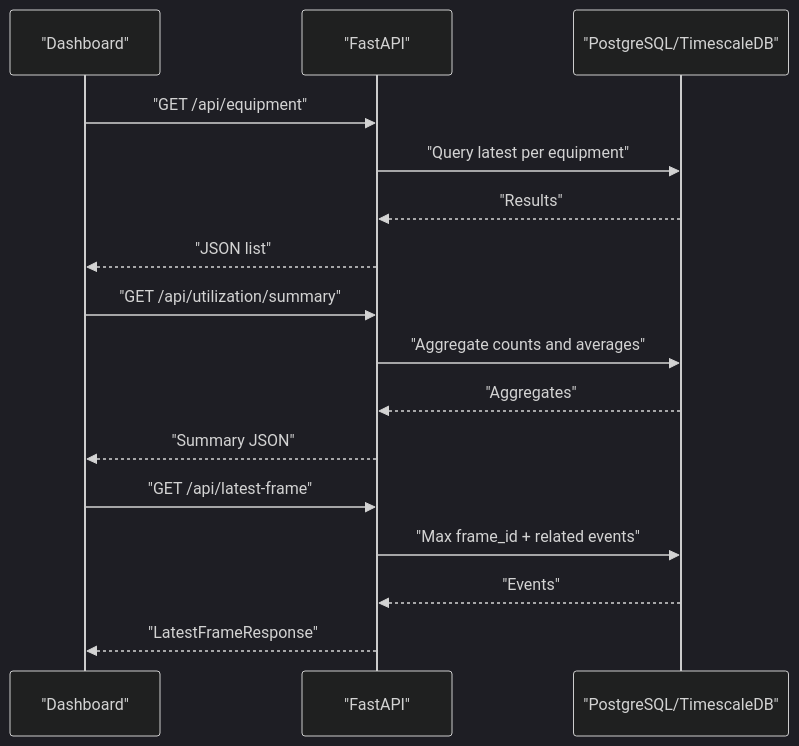
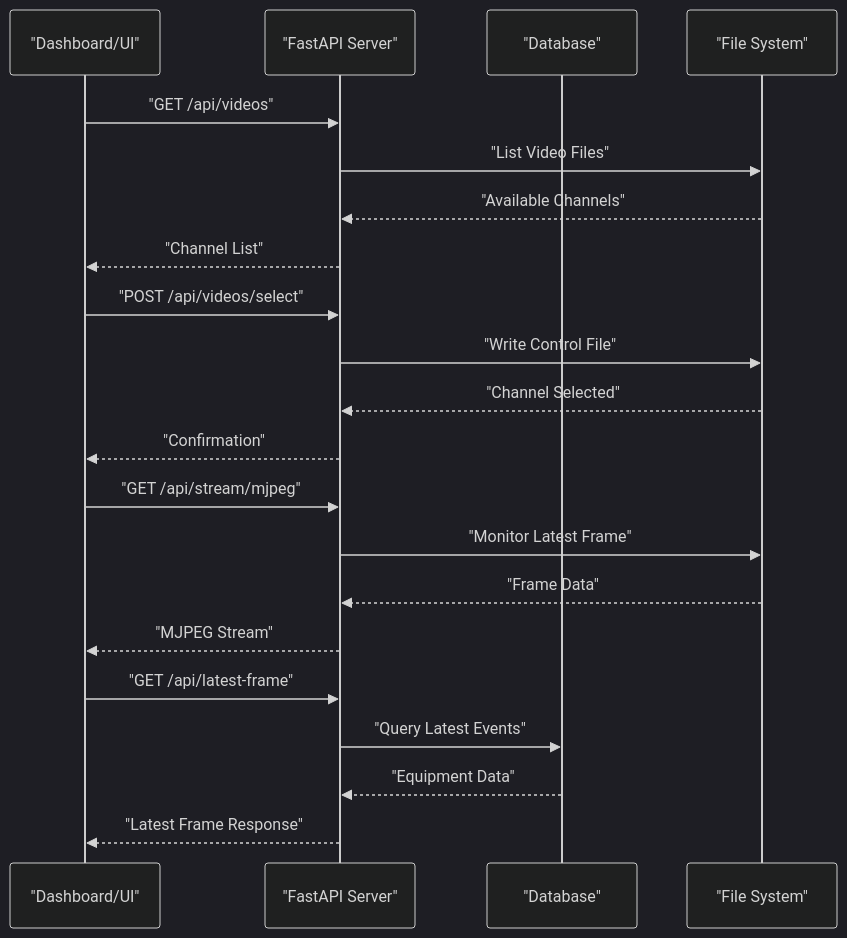
Before and after one commit to Azzoz-189/construction-equipment-monitoring: the fourth of 7 diagrams in .qoder/repowiki/en/content/Microservices Architecture/Microservices Architecture.md, drawn with Mermaid (dark theme). The commit also changed other lines of this file and 6 other files, not shown here.

````diff
--- a/.qoder/repowiki/en/content/Microservices Architecture/Microservices Architecture.md
+++ b/.qoder/repowiki/en/content/Microservices Architecture/Microservices Architecture.md
@@ -217,18 +280,23 @@
 ```mermaid
 sequenceDiagram
-participant DSH as "Dashboard"
-participant API as "FastAPI"
-participant DB as "PostgreSQL/TimescaleDB"
-DSH->>API : "GET /api/equipment"
-API->>DB : "Query latest per equipment"
-DB-->>API : "Results"
-API-->>DSH : "JSON list"
-DSH->>API : "GET /api/utilization/summary"
-API->>DB : "Aggregate counts and averages"
-DB-->>API : "Aggregates"
-API-->>DSH : "Summary JSON"
+participant DSH as "Dashboard/UI"
+participant API as "FastAPI Server"
+participant DB as "Database"
+participant FS as "File System"
+DSH->>API : "GET /api/videos"
+API->>FS : "List Video Files"
+FS-->>API : "Available Channels"
+API-->>DSH : "Channel List"
+DSH->>API : "POST /api/videos/select"
+API->>FS : "Write Control File"
+FS-->>API : "Channel Selected"
+API-->>DSH : "Confirmation"
+DSH->>API : "GET /api/stream/mjpeg"
+API->>FS : "Monitor Latest Frame"
+FS-->>API : "Frame Data"
+API-->>DSH : "MJPEG Stream"
 DSH->>API : "GET /api/latest-frame"
-API->>DB : "Max frame_id + related events"
-DB-->>API : "Events"
-API-->>DSH : "LatestFrameResponse"
+API->>DB : "Query Latest Events"
+DB-->>API : "Equipment Data"
+API-->>DSH : "Latest Frame Response"
 ```
````
